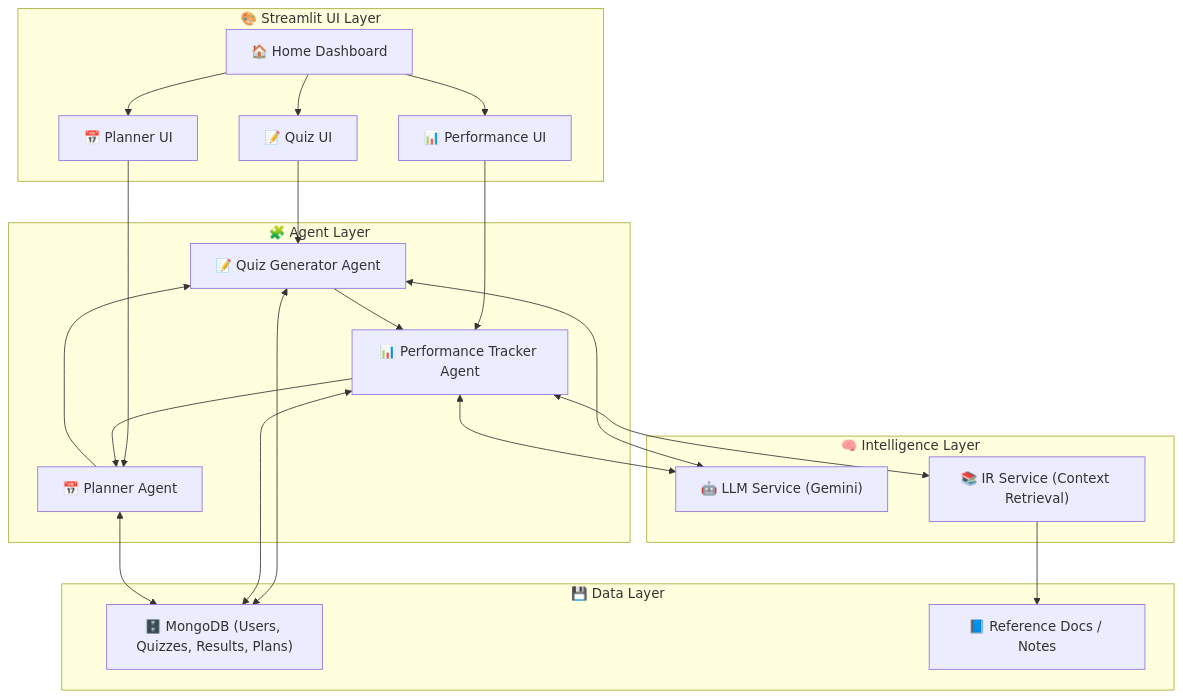
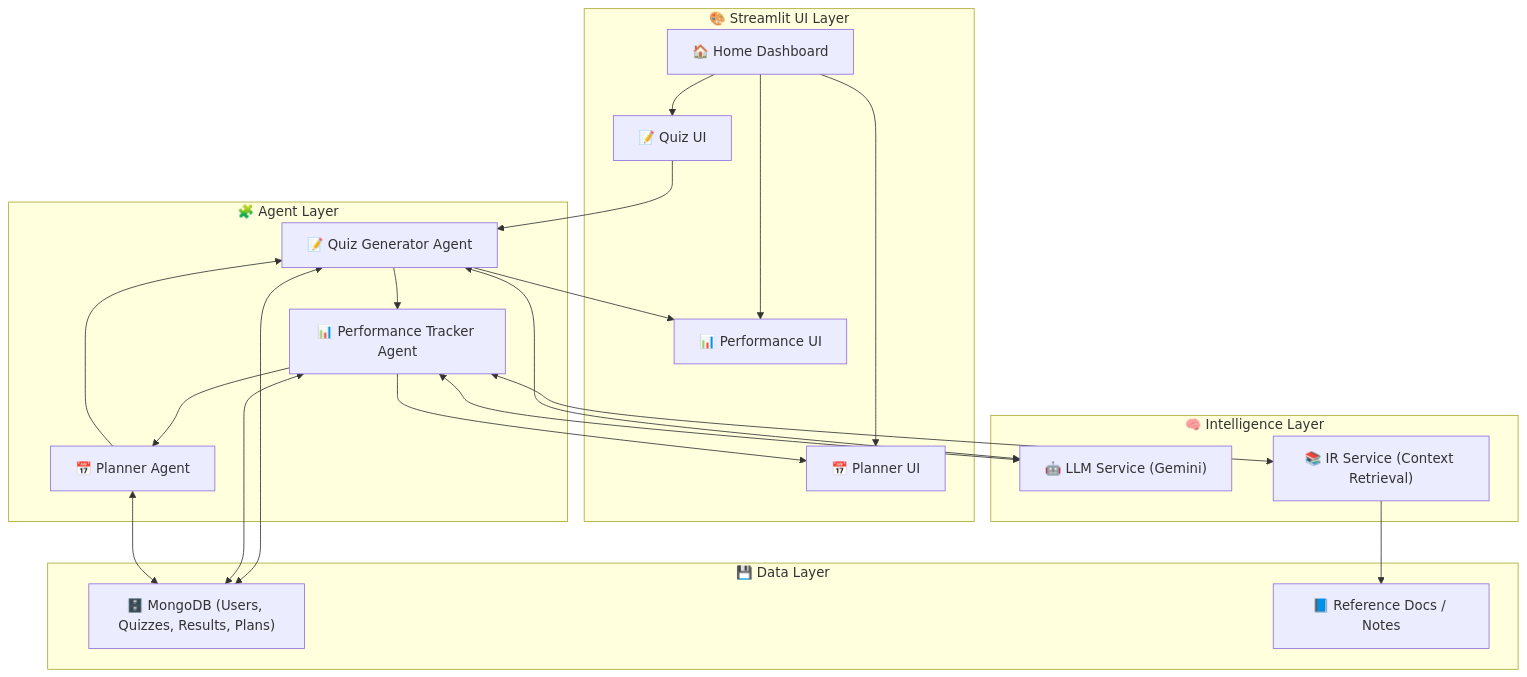
One commit to LochanaLithira/Adaptive-Exam-Preparation-AI changed the diagram in README.md. Above: the diagram before and after it, drawn with Mermaid.

````diff
--- a/README.md
+++ b/README.md
@@ -24,56 +24,60 @@
 ```mermaid
+
 flowchart TD
     %% User Layer
     subgraph UI["🎨 Streamlit UI Layer"]
         UI_Home["🏠 Home Dashboard"]
         UI_Quiz["📝 Quiz UI"]
         UI_Performance["📊 Performance UI"]
         UI_Planner["📅 Planner UI"]
     end
 
     %% Agent Layer
     subgraph AGENTS["🧩 Agent Layer"]
         C["📝 Quiz Generator Agent"]
         D["📊 Performance Tracker Agent"]
         B["📅 Planner Agent"]
     end
 
     %% Intelligence Layer
     subgraph AI["🧠 Intelligence Layer"]
         LLM["🤖 LLM Service (Gemini)"]
         IR["📚 IR Service (Context Retrieval)"]
     end
 
     %% Data Layer
     subgraph DATA["💾 Data Layer"]
         DB["🗄️ MongoDB (Users, Quizzes, Results, Plans)"]
         DOCS["📘 Reference Docs / Notes"]
     end
 
     %% UI Navigation
     UI_Home --> UI_Quiz
     UI_Home --> UI_Performance
     UI_Home --> UI_Planner
 
-    %% User to Agents
+    %% User to Quiz Agent
     UI_Quiz --> C
-    UI_Performance --> D
-    UI_Planner --> B
 
     %% Main Agent Flow
     C --> D
     D --> B
     B --> C
+
+    %% Feedback to UI
+    C --> UI_Performance
+    D --> UI_Planner
 
     %% Intelligence integration
     C <--> LLM
     D <--> LLM
     D <--> IR
 
     %% Data connections
     C <--> DB
     D <--> DB
     B <--> DB
     IR --> DOCS
 
+
 ```
````
